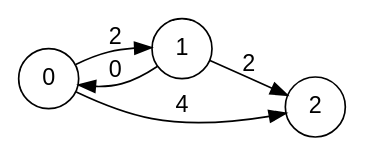
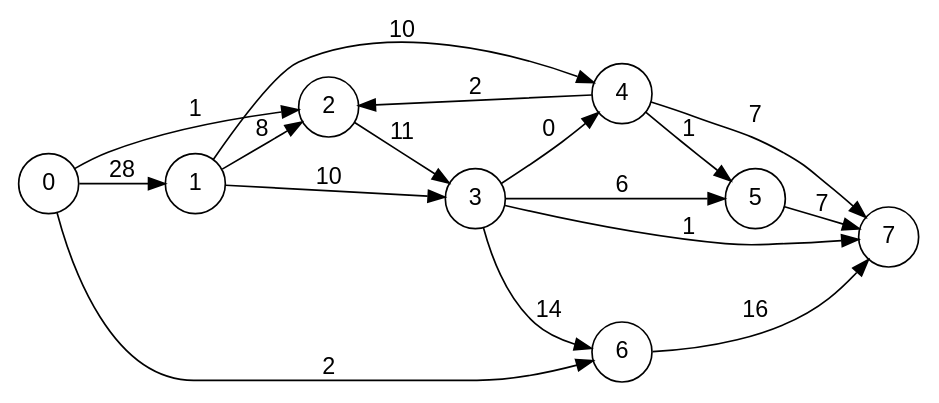
Before and after one commit to st4rhub/ProgFonct: the diagram in outfile.dot, drawn with Graphviz. The commit also changed 1 other file, not shown here.

```diff
--- a/outfile.dot
+++ b/outfile.dot
@@ -1,21 +1,45 @@
 digraph finite_state_machine { 
 
   fontname="Helvetica,Arial,sans-serif" 
 
   node [fontname="Helvetica,Arial,sans-serif"] 
 
   edge [fontname="Helvetica,Arial,sans-serif"] 
 
   rankdir=LR 
 ;
   node [shape = circle]; 
 
- 0 -> 1 [label = "2"]
+ 2 -> 3 [label = "11"]
 
- 0 -> 2 [label = "4"]
+ 1 -> 4 [label = "10"]
 
- 1 -> 2 [label = "2"]
+ 1 -> 3 [label = "10"]
 
- 1 -> 0 [label = "0"]
+ 1 -> 2 [label = "8"]
+
+ 5 -> 7 [label = "7"]
+
+ 6 -> 7 [label = "16"]
+
+ 3 -> 5 [label = "6"]
+
+ 3 -> 4 [label = "0"]
+
+ 3 -> 7 [label = "1"]
+
+ 3 -> 6 [label = "14"]
+
+ 0 -> 2 [label = "1"]
+
+ 0 -> 1 [label = "28"]
+
+ 0 -> 6 [label = "2"]
+
+ 4 -> 5 [label = "1"]
+
+ 4 -> 7 [label = "7"]
+
+ 4 -> 2 [label = "2"]
 
 }
```
